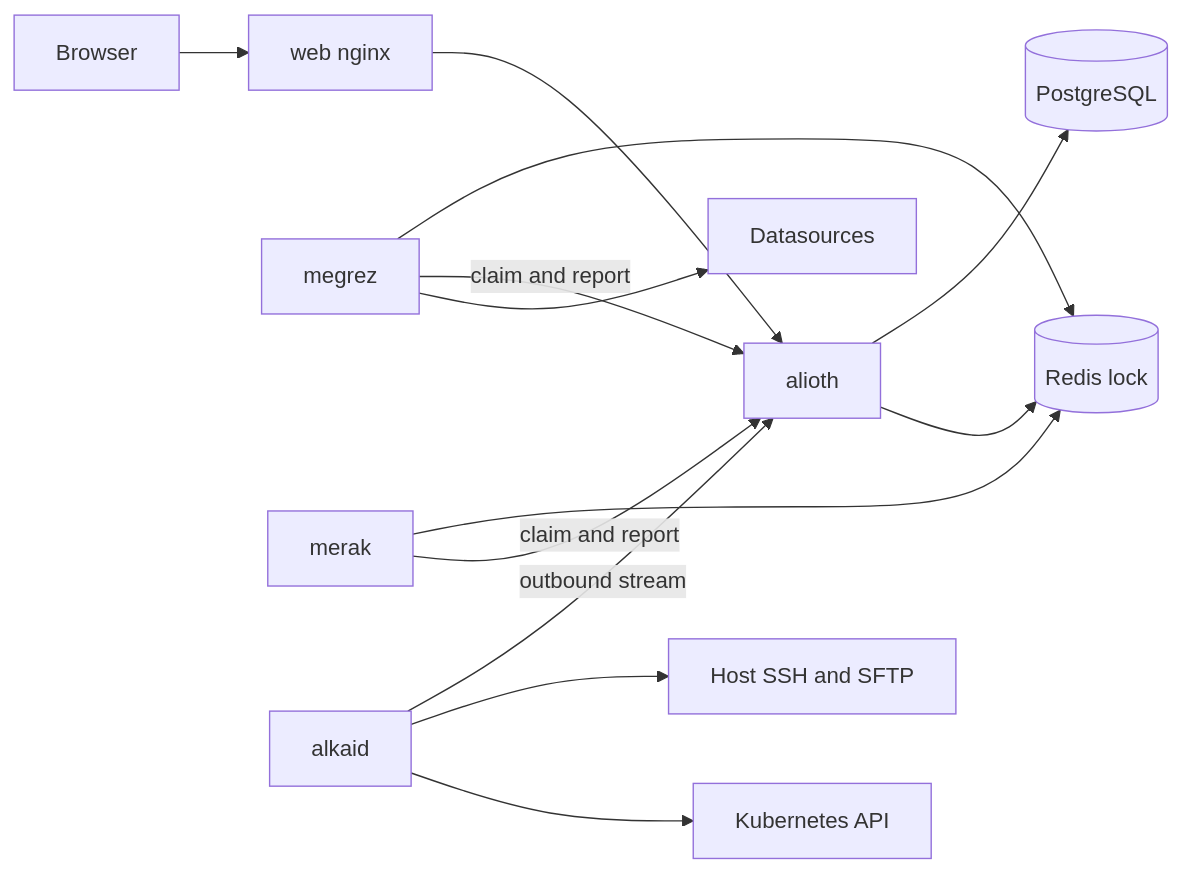
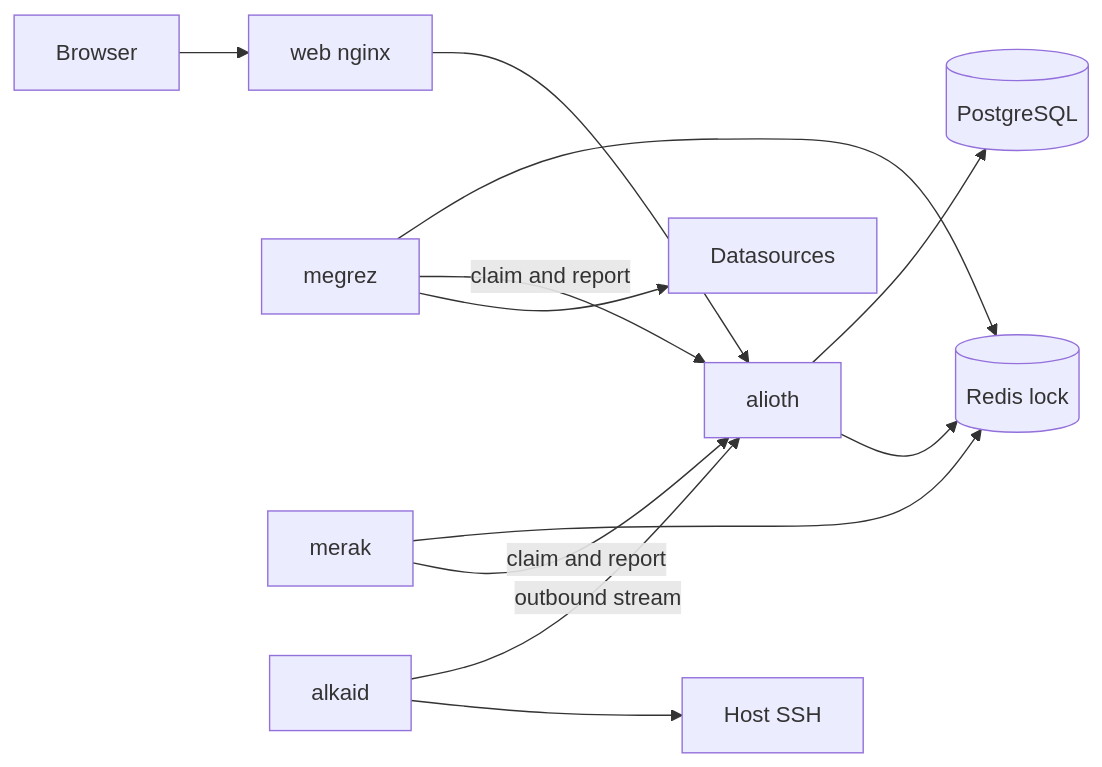
One commit to aide-family/moon changed the first of 2 diagrams in docs/design.md. Above: the diagram before and after it, drawn with Mermaid. The commit also changed other lines of this file and 93 other files, not shown here.

````diff
--- a/docs/design.md
+++ b/docs/design.md
@@ -62,23 +62,22 @@
 ```mermaid
 flowchart LR
   browser[Browser]
   web[web nginx]
   alioth[alioth]
   pg[(PostgreSQL)]
   redis[(Redis lock)]
   megrez[megrez]
   merak[merak]
   alkaid[alkaid]
   ds[Datasources]
   browser --> web --> alioth
   alioth --> pg
   alioth --> redis
   megrez --> redis
   merak --> redis
   megrez -->|"claim and report"| alioth
   merak -->|"claim and report"| alioth
   alkaid -->|"outbound stream"| alioth
   megrez --> ds
-  alkaid --> hostSSH[Host SSH and SFTP]
-  alkaid --> k8sAPI[Kubernetes API]
+  alkaid --> hostSSH[Host SSH]
 ```
````
